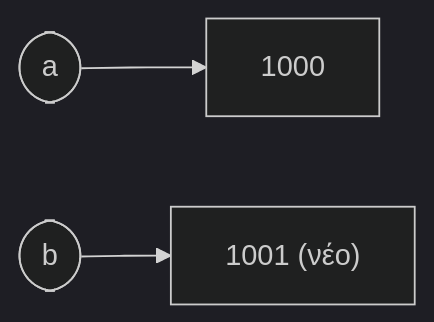
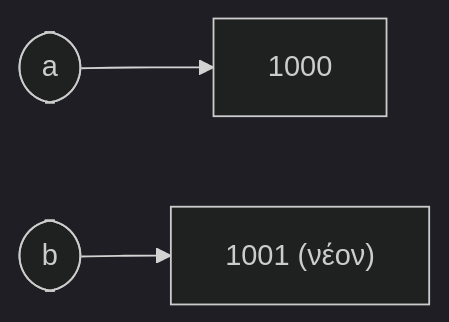
Before and after one commit to zafeirakopoulos/pliroforiki: the third of 5 diagrams in week1.qmd, drawn with Mermaid (dark theme). The commit also changed other lines of this file, not shown here.

````diff
--- a/week1.qmd
+++ b/week1.qmd
@@ -233,5 +233,5 @@
 ```{mermaid}
 flowchart LR
     a(["a"]) --> obj1["1000"]
-    b(["b"]) --> obj2["1001 (νέο)"]
+    b(["b"]) --> obj2["1001 (νέον)"]
 ```
````
